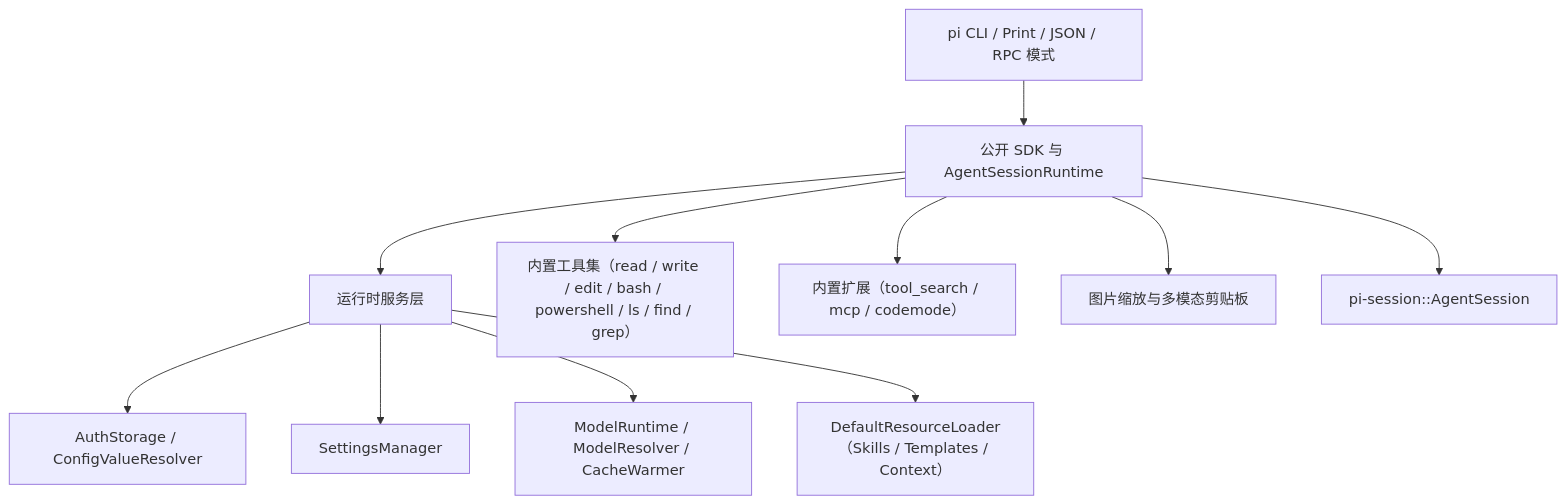
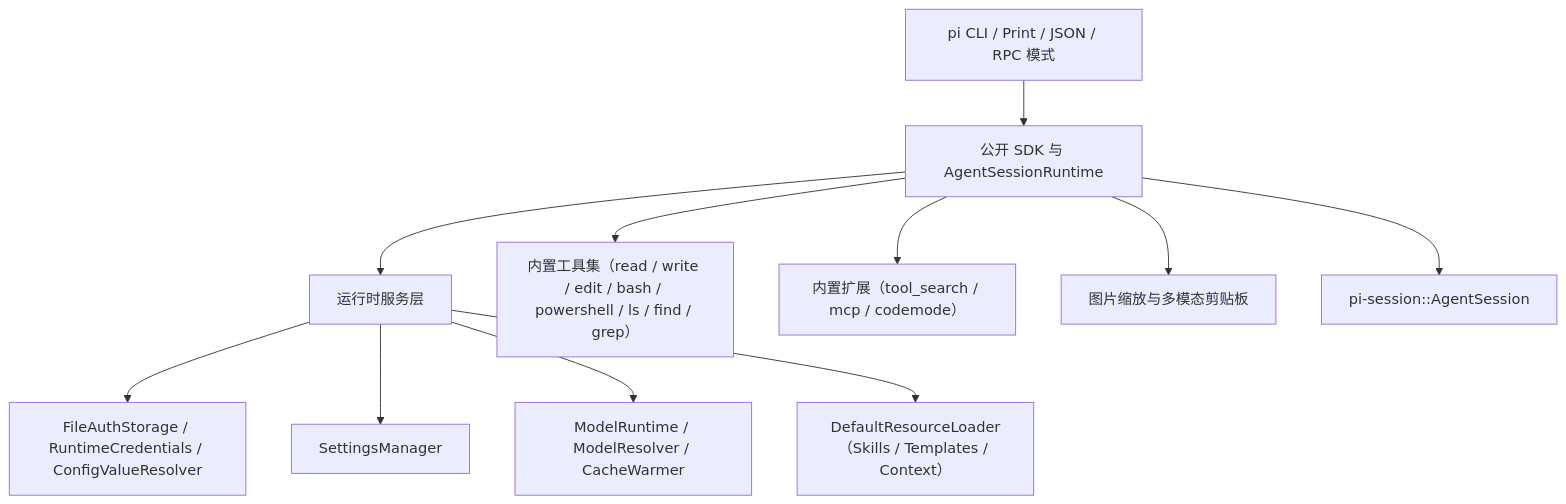
Before and after one commit to SCAU-Computer-Serving-Team/cst-pilot: the first of 3 diagrams in doc/rust/plan/4.runtime-and-sdk.md, drawn with Mermaid. The commit also changed other lines of this file and 46 other files, not shown here.

````diff
--- a/doc/rust/plan/4.runtime-and-sdk.md
+++ b/doc/rust/plan/4.runtime-and-sdk.md
@@ -15,13 +13,13 @@
 ```mermaid
 flowchart TD
     CLI["pi CLI / Print / JSON / RPC 模式"] --> SDK["公开 SDK 与 AgentSessionRuntime"]
     SDK --> Services["运行时服务层"]
-    Services --> Auth["AuthStorage / ConfigValueResolver"]
+    Services --> Auth["FileAuthStorage / RuntimeCredentials / ConfigValueResolver"]
     Services --> Settings["SettingsManager"]
     Services --> Models["ModelRuntime / ModelResolver / CacheWarmer"]
     Services --> Loader["DefaultResourceLoader（Skills / Templates / Context）"]
     SDK --> Tools["内置工具集（read / write / edit / bash / powershell / ls / find / grep）"]
     SDK --> BuiltinExt["内置扩展（tool_search / mcp / codemode）"]
     SDK --> Media["图片缩放与多模态剪贴板"]
     SDK --> Session["pi-session::AgentSession"]
 ```
````
